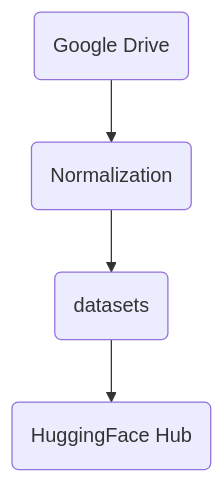
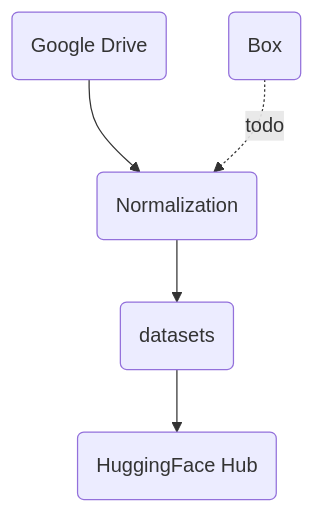
One commit to apjanco/lenticular changed the first of 2 diagrams in docs/workflow.md. Above: the diagram before and after it, drawn with Mermaid. The commit also changed other lines of this file, not shown here.

````diff
--- a/docs/workflow.md
+++ b/docs/workflow.md
@@ -6,6 +6,7 @@
 ```mermaid
 flowchart TB
     a("Google Drive") --> b("Normalization")
+    e("Box")-. todo .-> b("Normalization")
     b("Normalization") --> c("datasets")
     c("datasets") --> d("HuggingFace Hub")
 ```
````
